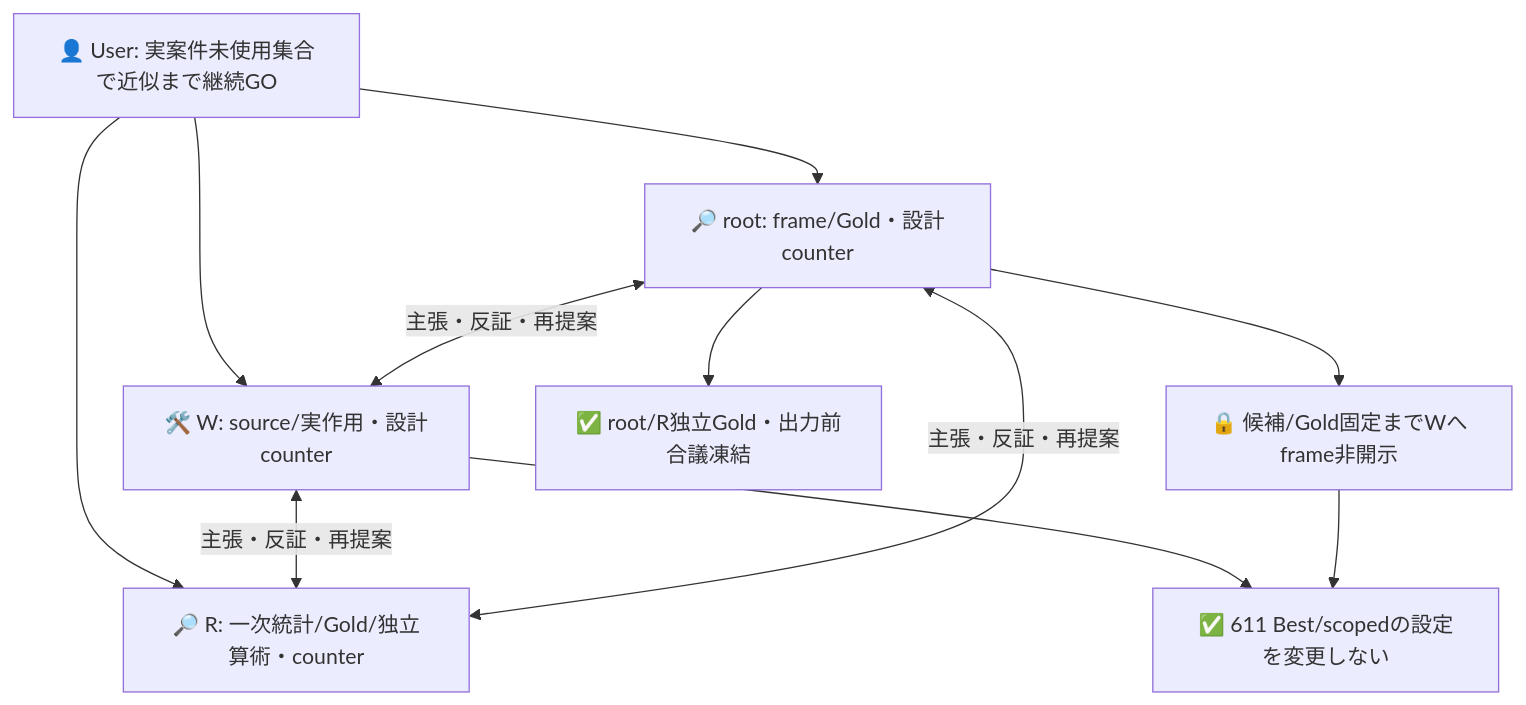
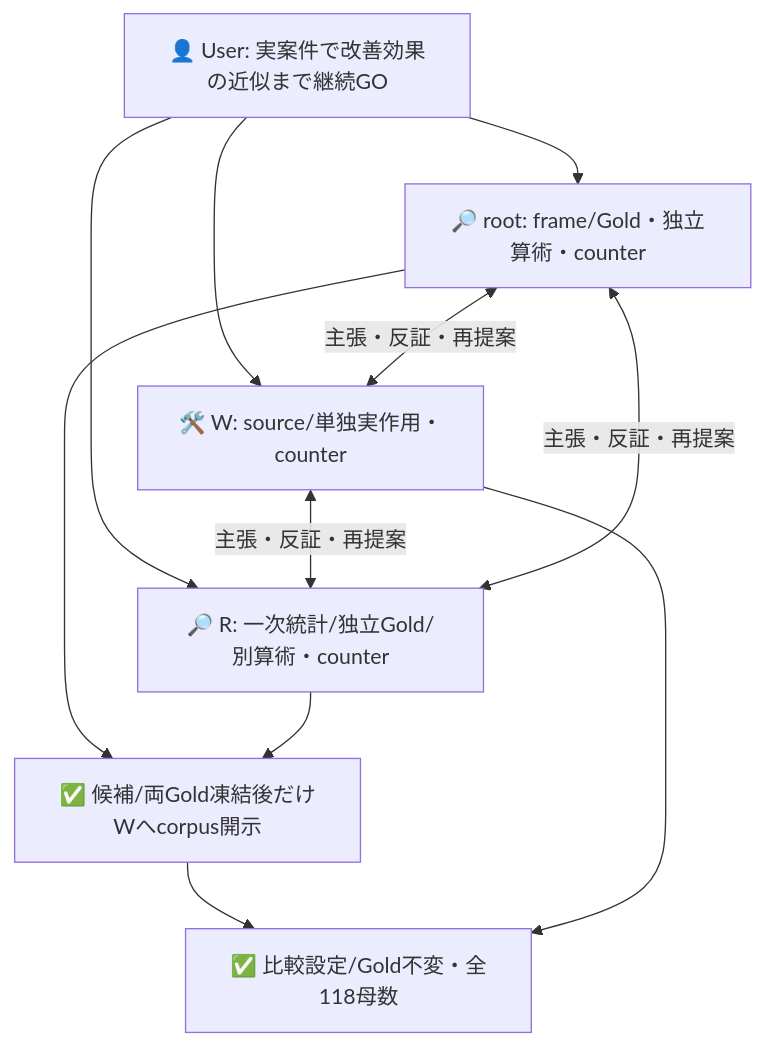
Before and after one commit to roccho-org/ops: the first of 3 diagrams in experiments/sys1-eval-loop/real-cases/README.md, drawn with Mermaid. The commit also changed other lines of this file and 10 other files, not shown here.

````diff
--- a/experiments/sys1-eval-loop/real-cases/README.md
+++ b/experiments/sys1-eval-loop/real-cases/README.md
@@ -57,13 +62,13 @@
 ```mermaid
 flowchart TB
-  U["👤 User: 実案件未使用集合で近似まで継続GO"] --> P["🔎 root: frame/Gold・設計counter"]
-  U --> W["🛠️ W: source/実作用・設計counter"]
-  U --> R["🔎 R: 一次統計/Gold/独立算術・counter"]
+  U["👤 User: 実案件で改善効果の近似まで継続GO"] --> P["🔎 root: frame/Gold・独立算術・counter"]
+  U --> W["🛠️ W: source/単独実作用・counter"]
+  U --> R["🔎 R: 一次統計/独立Gold/別算術・counter"]
   P <-->|主張・反証・再提案| W
   W <-->|主張・反証・再提案| R
   R <-->|主張・反証・再提案| P
-  P --> K["🔒 候補/Gold固定までWへframe非開示"]
-  P --> G["✅ root/R独立Gold・出力前合議凍結"]
-  W --> B["✅ 611 Best/scopedの設定を変更しない"]
-  K --> B
+  P --> K["✅ 候補/両Gold凍結後だけWへcorpus開示"]
+  R --> K
+  K --> C["✅ 比較設定/Gold不変・全118母数"]
+  W --> C
 ```
````
